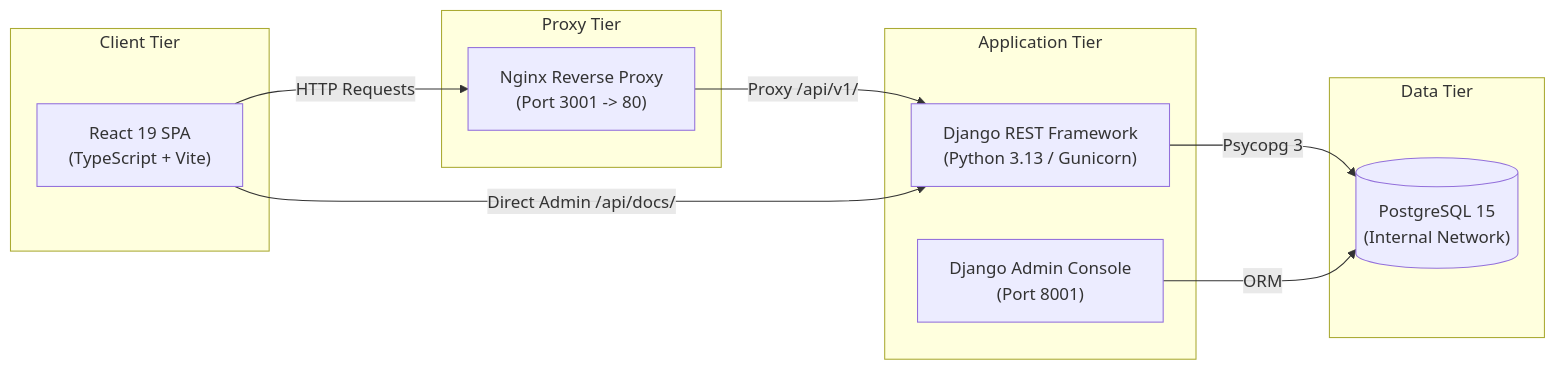
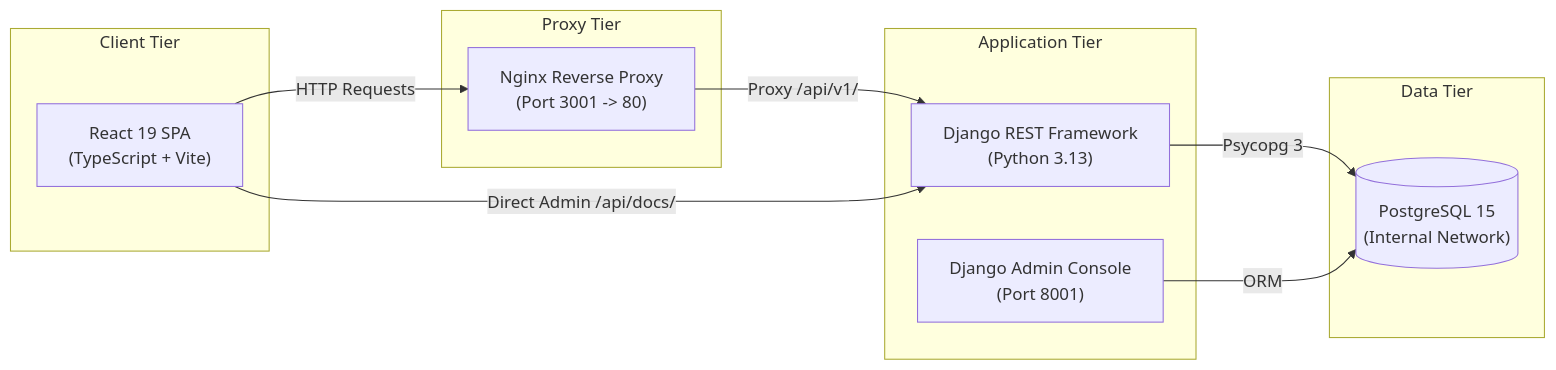
One commit to aaryan417/EVE-Healthcare-diagnostic-booking changed the first of 4 diagrams in README.md. Above: the diagram before and after it, drawn with Mermaid. The commit also changed other lines of this file, not shown here.

````diff
--- a/README.md
+++ b/README.md
@@ -162,25 +162,25 @@
 ```mermaid
 flowchart LR
     subgraph Client["Client Tier"]
         Browser["React 19 SPA\n(TypeScript + Vite)"]
     end
 
     subgraph Proxy["Proxy Tier"]
         Nginx["Nginx Reverse Proxy\n(Port 3001 -> 80)"]
     end
 
     subgraph Application["Application Tier"]
-        API["Django REST Framework\n(Python 3.13 / Gunicorn)"]
+        API["Django REST Framework\n(Python 3.13)"]
         Admin["Django Admin Console\n(Port 8001)"]
     end
 
     subgraph Database["Data Tier"]
         DB[("PostgreSQL 15\n(Internal Network)")]
     end
 
     Browser -->|HTTP Requests| Nginx
     Nginx -->|Proxy /api/v1/| API
     Browser -->|Direct Admin /api/docs/| API
     API -->|Psycopg 3| DB
     Admin -->|ORM| DB
 ```
````
